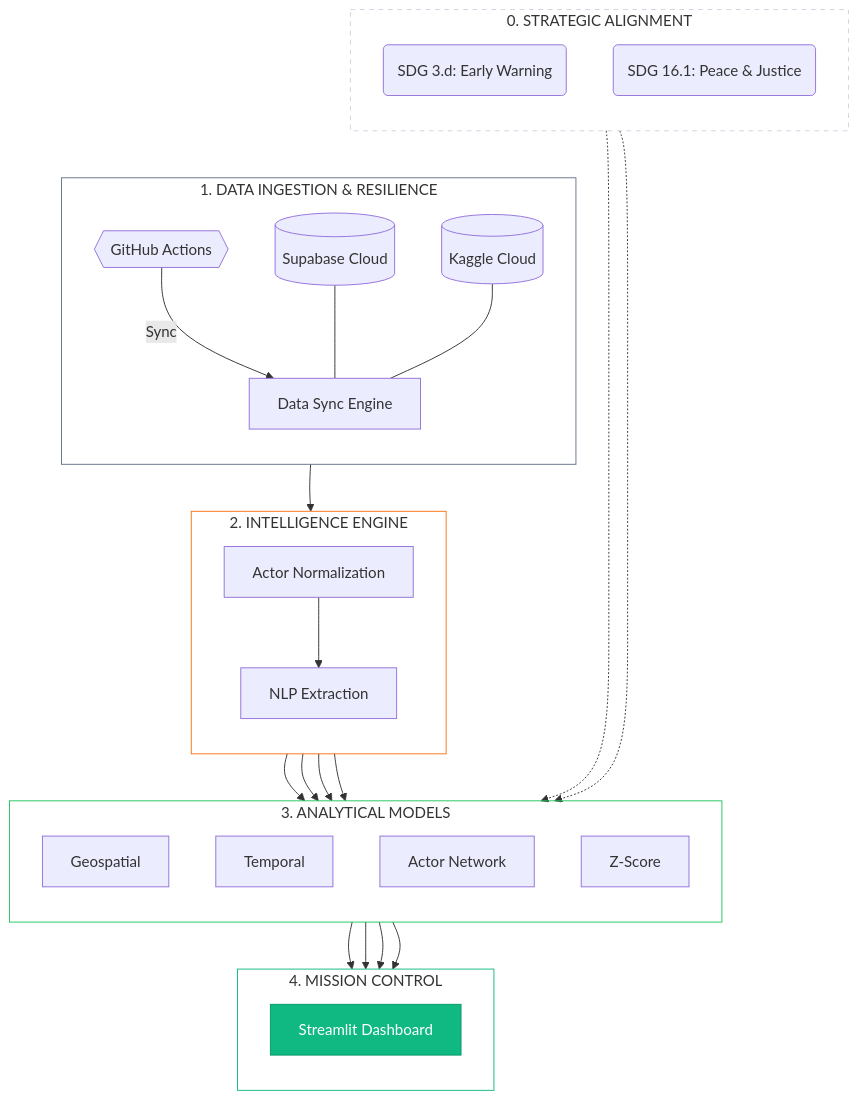
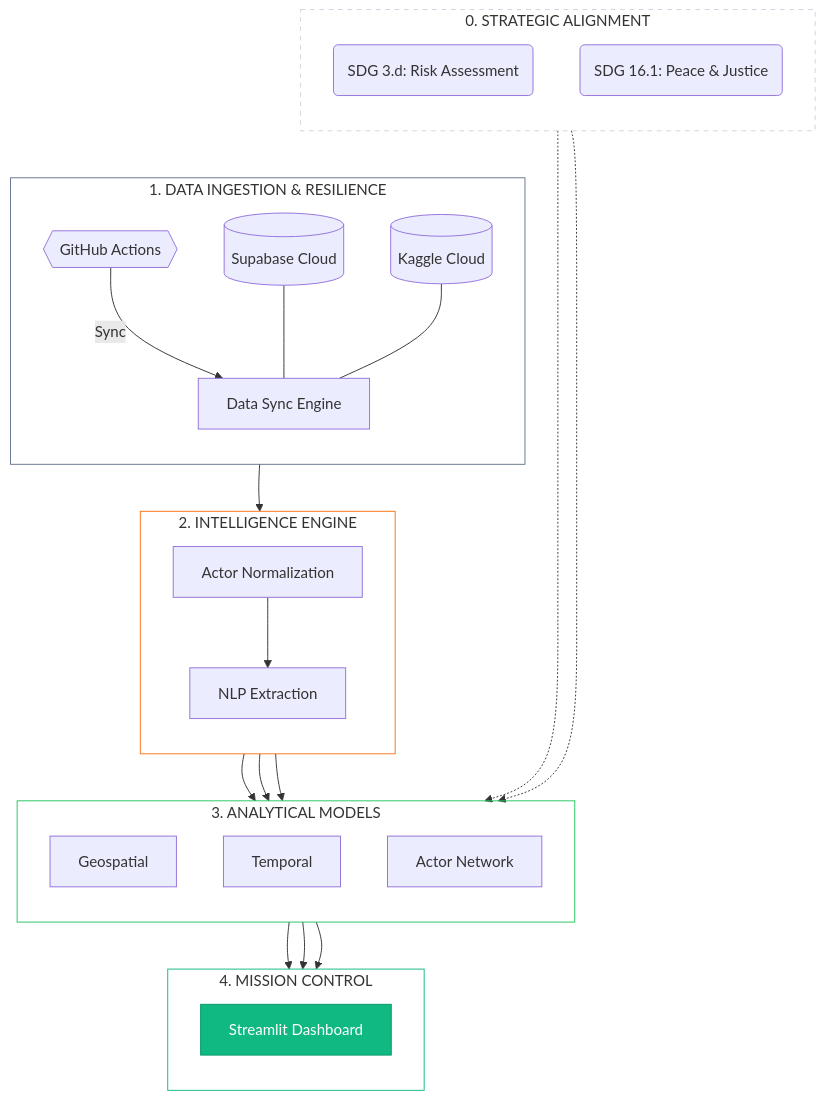
Before and after one commit to TainYanTun/Myanmar-conflict-observatory: the diagram in README.md, drawn with Mermaid. The commit also changed other lines of this file and 14 other files, not shown here.

First line of the commit message:
refactor(analytics): Reframe project to humanitarian risk assessment

````diff
--- a/README.md
+++ b/README.md
@@ -17,57 +17,56 @@
 ```mermaid
 flowchart TD
     %% 0. STRATEGIC ALIGNMENT
     subgraph SDG ["0. STRATEGIC ALIGNMENT"]
         direction TB
-        SDG3(SDG 3.d: Early Warning)
+        SDG3(SDG 3.d: Risk Assessment)
         SDG16(SDG 16.1: Peace & Justice)
     end
 
     %% 1. DATA INGESTION & RESILIENCE
     subgraph Ingestion ["1. DATA INGESTION & RESILIENCE"]
         direction TB
         GHA{{GitHub Actions}} -->|Sync| Sync[Data Sync Engine]
         DB[(Supabase Cloud)] --- Sync
         Kaggle[(Kaggle Cloud)] --- Sync
     end
 
     %% 2. INTELLIGENCE ENGINE
     subgraph Intelligence ["2. INTELLIGENCE ENGINE"]
         direction TB
         Sync --> Actor[Actor Normalization]
         Actor --> NLP[NLP Extraction]
     end
 
     %% 3. ANALYTICAL MODELS
     subgraph Analytics ["3. ANALYTICAL MODELS"]
         direction TB
         NLP --> Geo[Geospatial]
         NLP --> Temp[Temporal]
         NLP --> Net[Actor Network]
-        NLP --> Stat[Z-Score]
     end
 
     %% 4. MISSION CONTROL
     subgraph UI ["4. MISSION CONTROL"]
         direction TB
-        Geo & Temp & Net & Stat --> Dashboard[Streamlit Dashboard]
+        Geo & Temp & Net --> Dashboard[Streamlit Dashboard]
     end
 
     %% SPACERS
     SDG ~~~ Ingestion
     Ingestion ~~~ Intelligence
     Intelligence ~~~ Analytics
     Analytics ~~~ UI
 
     %% STRATEGIC MAPPINGS
-    SDG3 -.-> Stat
+    SDG3 -.-> Geo
     SDG16 -.-> Geo
 
     %% CLEAN STYLING
     style Dashboard fill:#10b981,color:#fff,stroke:#059669
     style SDG fill:none,stroke:#cbd5e1,stroke-dasharray: 5 5
     style Ingestion fill:none,stroke:#64748b
     style Intelligence fill:none,stroke:#f97316
     style Analytics fill:none,stroke:#22c55e
     style UI fill:none,stroke:#10b981
 ```
````
